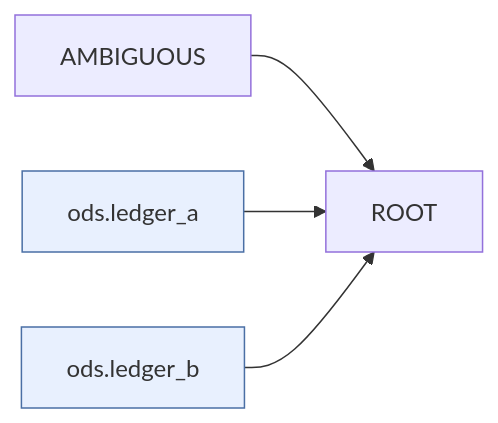
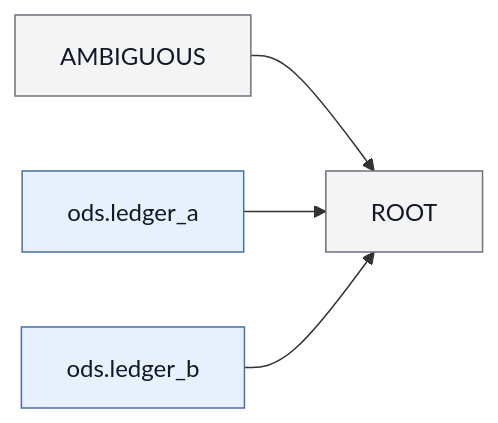
The diagram in tests/core/fixtures/lineage_contract/fact_gap/mapping.md (realyin/scope-lineage), drawn with Mermaid before and after one commit. The commit also changed other lines of this file and 19 other files, not shown here.

````diff
--- a/tests/core/fixtures/lineage_contract/fact_gap/mapping.md
+++ b/tests/core/fixtures/lineage_contract/fact_gap/mapping.md
@@ -60,12 +62,13 @@
 ```mermaid
 flowchart LR
     n0["AMBIGUOUS"]
     n1["ROOT"]
     n2["ods.ledger_a"]
     n3["ods.ledger_b"]
     n0 --> n1
     n2 --> n1
     n3 --> n1
-    classDef physical fill:#e8f0fe,stroke:#4a6fa5
+    classDef default fill:#f4f4f5,stroke:#6b7280,color:#111827
+    classDef physical fill:#e8f0fe,stroke:#4a6fa5,color:#111827
     class n2,n3 physical
 ```
````
